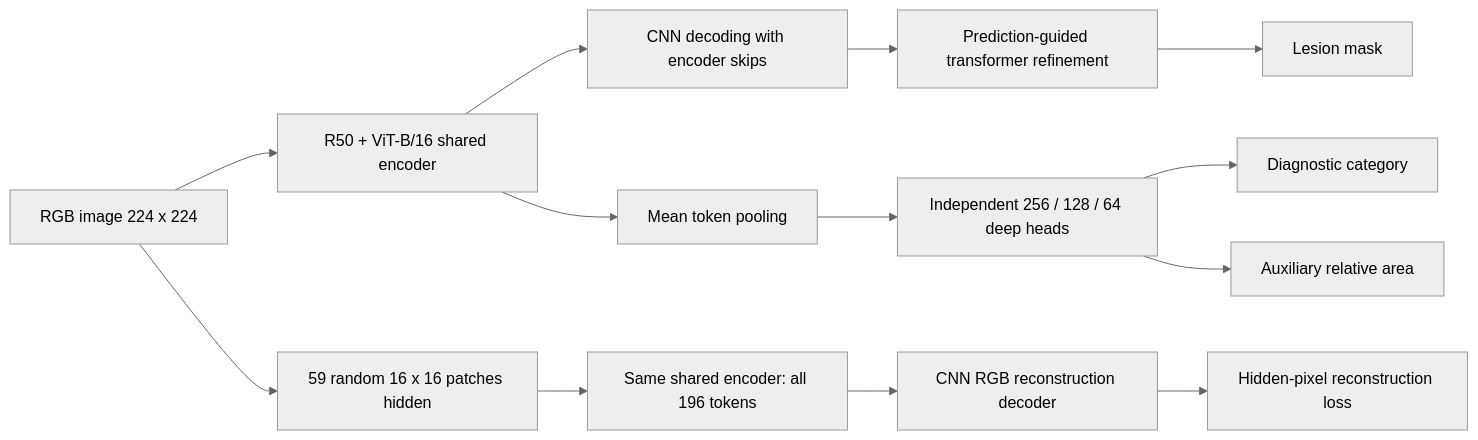
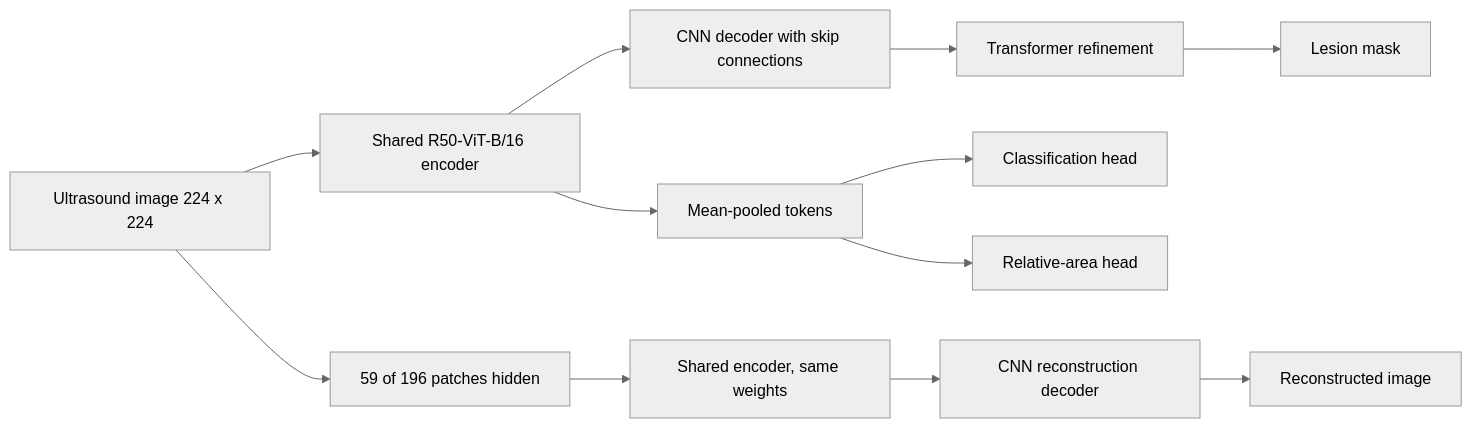
One commit to kanwaal/MSS-TransNet changed the diagram in README.md. Above: the diagram before and after it, drawn with Mermaid (neutral theme). The commit also changed other lines of this file and 42 other files, not shown here.

````diff
--- a/README.md
+++ b/README.md
@@ -43,15 +40,14 @@
 ```mermaid
 flowchart LR
-    I[RGB image 224 x 224] --> E[R50 + ViT-B/16 shared encoder]
-    E --> C[CNN decoding with encoder skips]
-    C --> Q[Prediction-guided transformer refinement]
+    I[Ultrasound image 224 x 224] --> E[Shared R50-ViT-B/16 encoder]
+    E --> C[CNN decoder with skip connections]
+    C --> Q[Transformer refinement]
     Q --> S[Lesion mask]
-    E --> H[Mean token pooling]
-    H --> D[Independent 256 / 128 / 64 deep heads]
-    D --> Z[Diagnostic category]
-    D --> A[Auxiliary relative area]
-    I --> M[59 random 16 x 16 patches hidden]
-    M --> E2[Same shared encoder: all 196 tokens]
-    E2 --> R[CNN RGB reconstruction decoder]
-    R --> L[Hidden-pixel reconstruction loss]
+    E --> P[Mean-pooled tokens]
+    P --> K[Classification head]
+    P --> A[Relative-area head]
+    I --> M[59 of 196 patches hidden]
+    M --> E2[Shared encoder, same weights]
+    E2 --> R[CNN reconstruction decoder]
+    R --> X[Reconstructed image]
 ```
````
